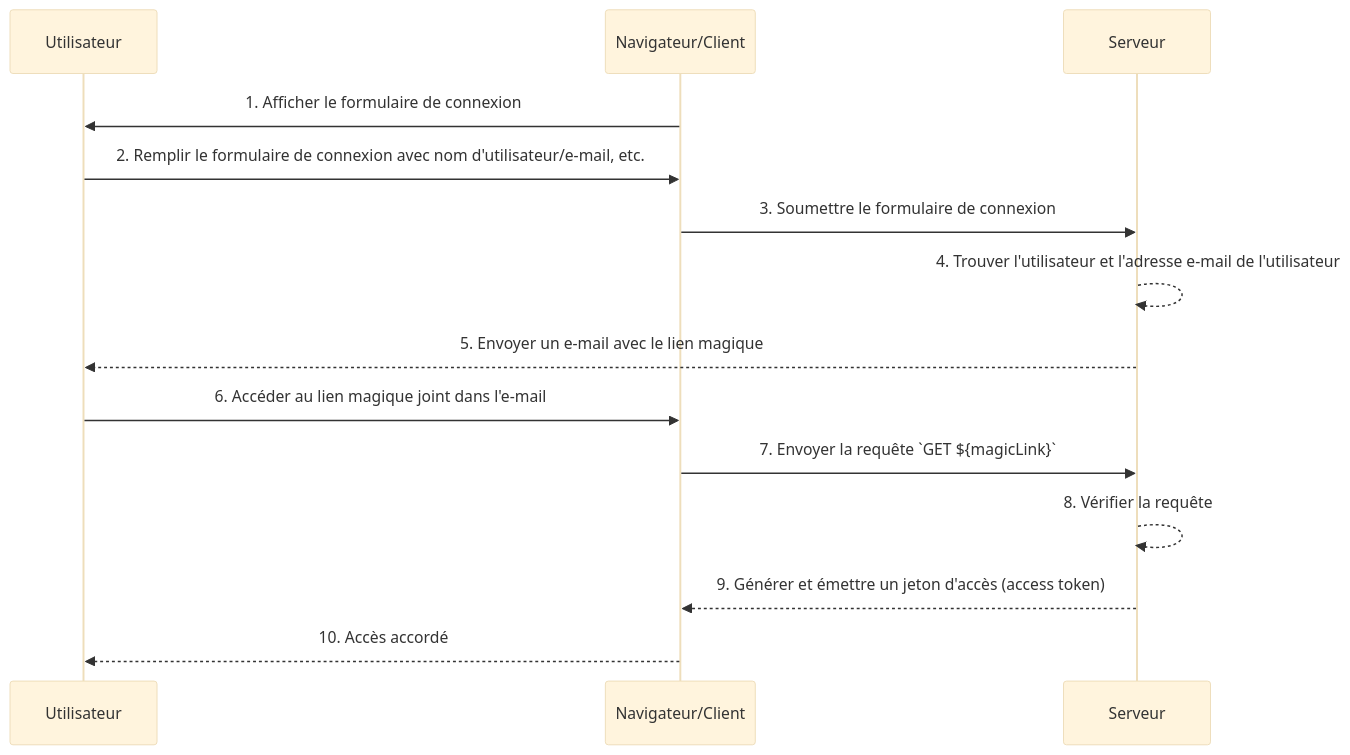
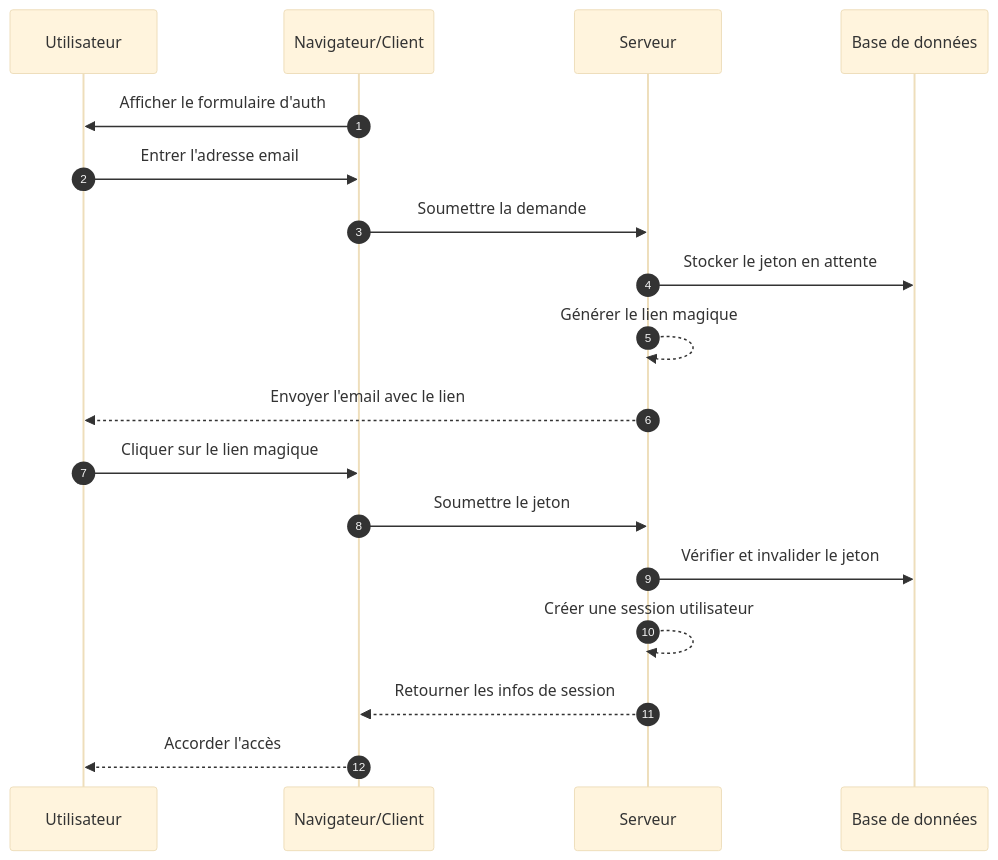
The first of 2 diagrams in src/content/terms/fr/magic-link.mdx (logto-io/auth-wiki), drawn with Mermaid (base theme) before and after one commit. The commit also changed other lines of this file and 95 other files, not shown here.

````diff
--- a/src/content/terms/fr/magic-link.mdx
+++ b/src/content/terms/fr/magic-link.mdx
@@ -31,16 +17,20 @@
 ```mermaid
 sequenceDiagram
+    autonumber
     participant U as Utilisateur
     participant B as Navigateur/Client
     participant S as Serveur
-    B->>U: 1. Afficher le formulaire de connexion
-    U->>B: 2. Remplir le formulaire de connexion avec nom d'utilisateur/e-mail, etc.
-    B->>S: 3. Soumettre le formulaire de connexion
-    S-->>S: 4. Trouver l'utilisateur et l'adresse e-mail de l'utilisateur
-    S-->>U: 5. Envoyer un e-mail avec le lien magique
-    U->>B: 6. Accéder au lien magique joint dans l'e-mail
-    B->>S: 7. Envoyer la requête `GET ${magicLink}`
-    S-->>S: 8. Vérifier la requête
-    S-->>B: 9. Générer et émettre un jeton d'accès (access token)
-    B-->>U: 10. Accès accordé
+    participant D as Base de données
+    B->>U: Afficher le formulaire d'auth
+    U->>B: Entrer l'adresse email
+    B->>S: Soumettre la demande
+    S->>D: Stocker le jeton en attente
+    S-->>S: Générer le lien magique
+    S-->>U: Envoyer l'email avec le lien
+    U->>B: Cliquer sur le lien magique
+    B->>S: Soumettre le jeton
+    S->>D: Vérifier et invalider le jeton
+    S-->>S: Créer une session utilisateur
+    S-->>B: Retourner les infos de session
+    B-->>U: Accorder l'accès
 ```
````
